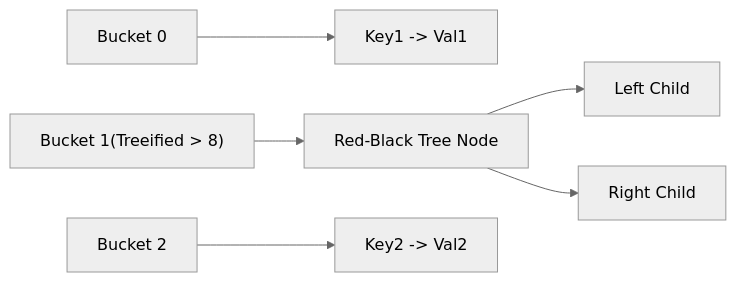
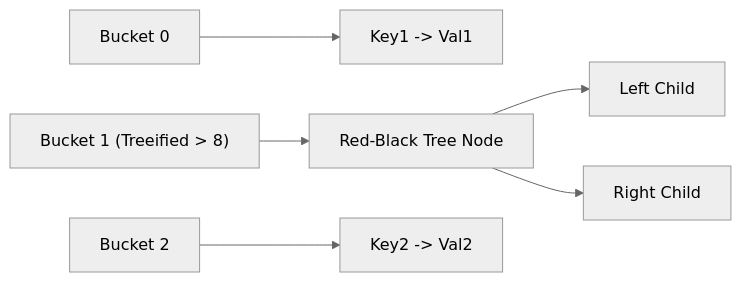
Before and after one commit to pploc/swe-icon-the-moment: the second of 2 diagrams in content/questions/language/java/java-collection-framework-deep-dive.md, drawn with Mermaid (neutral theme). The commit also changed other lines of this file and 95 other files, not shown here.

Commit message:
fix: update the practice mode diagram bug not display

````diff
--- a/content/questions/language/java/java-collection-framework-deep-dive.md
+++ b/content/questions/language/java/java-collection-framework-deep-dive.md
@@ -48,11 +49,12 @@
 ```mermaid
 flowchart LR
     Bucket0["Bucket 0"] --> Node1["Key1 -> Val1"]
-    Bucket1["Bucket 1(Treeified > 8)"] --> RBT["Red-Black Tree Node"]
+    Bucket1["Bucket 1 (Treeified > 8)"] --> RBT["Red-Black Tree Node"]
     RBT --> Left["Left Child"]
     RBT --> Right["Right Child"]
     Bucket2["Bucket 2"] --> Node2["Key2 -> Val2"]
 
 
 
+
 ```
````
